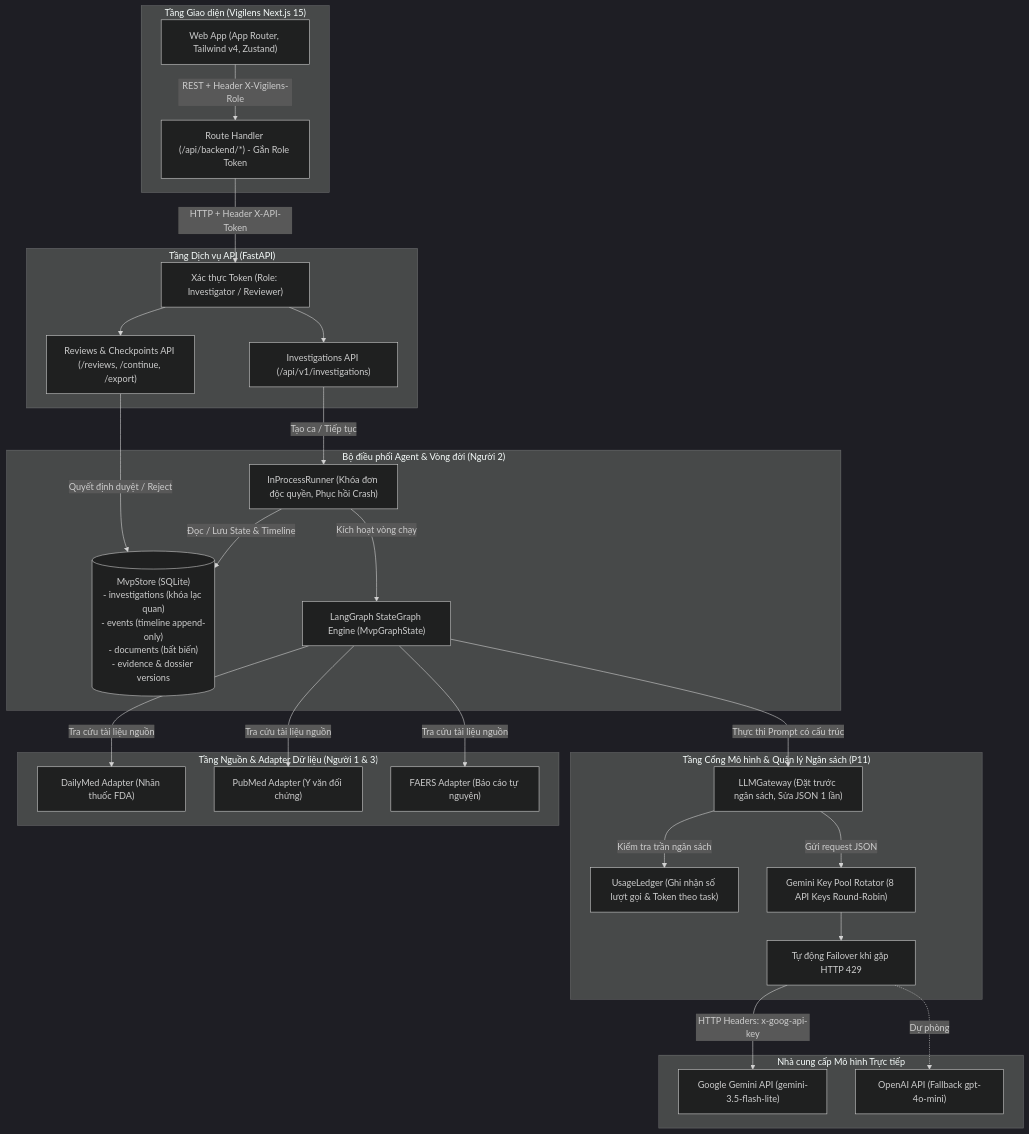
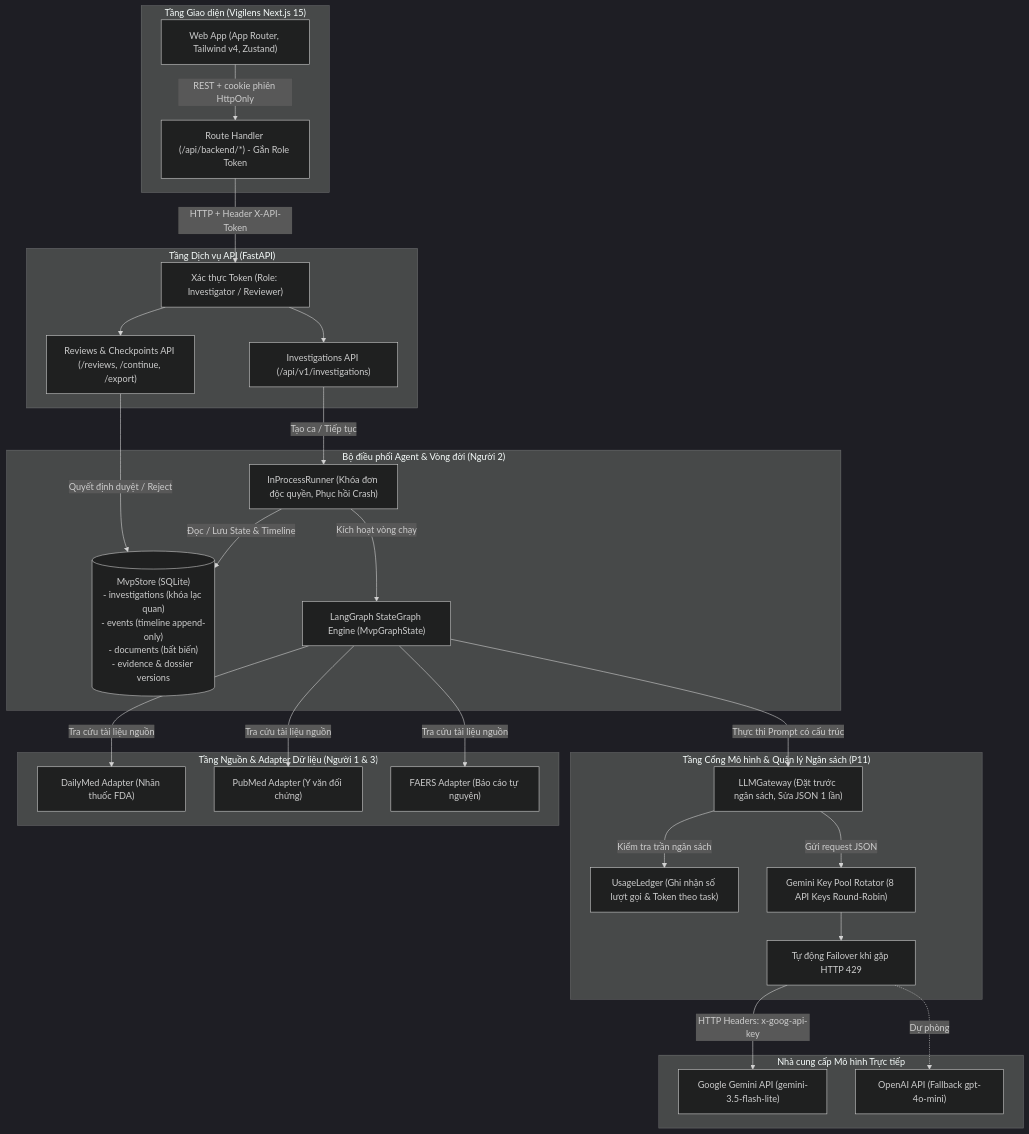
One commit to liglgs/dautrau changed the first of 3 diagrams in docs/architecture_diagram.md. Above: the diagram before and after it, drawn with Mermaid (dark theme). The commit also changed 31 other files, not shown here.

````diff
--- a/docs/architecture_diagram.md
+++ b/docs/architecture_diagram.md
@@ -10,54 +10,54 @@
 ```mermaid
 flowchart TB
     subgraph UI_Layer ["Tầng Giao diện (Vigilens Next.js 15)"]
         UI["Web App (App Router, Tailwind v4, Zustand)"]
         ProxyRoute["Route Handler (/api/backend/*) - Gắn Role Token"]
     end
 
     subgraph API_Layer ["Tầng Dịch vụ API (FastAPI)"]
         AuthMid["Xác thực Token (Role: Investigator / Reviewer)"]
         InvRoutes["Investigations API (/api/v1/investigations)"]
         RevRoutes["Reviews & Checkpoints API (/reviews, /continue, /export)"]
     end
 
     subgraph Core_Engine ["Bộ điều phối Agent & Vòng đời (Người 2)"]
         Runner["InProcessRunner (Khóa đơn độc quyền, Phục hồi Crash)"]
         Store[("MvpStore (SQLite)\n- investigations (khóa lạc quan)\n- events (timeline append-only)\n- documents (bất biến)\n- evidence & dossier versions")]
         Graph["LangGraph StateGraph Engine (MvpGraphState)"]
     end
 
     subgraph LLM_Gateway_Layer ["Tầng Cổng Mô hình & Quản lý Ngân sách (P11)"]
         Gateway["LLMGateway (Đặt trước ngân sách, Sửa JSON 1 lần)"]
         Ledger["UsageLedger (Ghi nhận số lượt gọi & Token theo task)"]
         Rotator["Gemini Key Pool Rotator (8 API Keys Round-Robin)"]
         Failover["Tự động Failover khi gặp HTTP 429"]
     end
 
     subgraph External_Models ["Nhà cung cấp Mô hình Trực tiếp"]
         GeminiFlash["Google Gemini API (gemini-3.5-flash-lite)"]
         OpenAIAPI["OpenAI API (Fallback gpt-4o-mini)"]
     end
 
     subgraph Data_Adapters ["Tầng Nguồn & Adapter Dữ liệu (Người 1 & 3)"]
         DailyMed["DailyMed Adapter (Nhãn thuốc FDA)"]
         PubMed["PubMed Adapter (Y văn đối chứng)"]
         FAERS["FAERS Adapter (Báo cáo tự nguyện)"]
     end
 
     %% Luồng kết nối
-    UI -->|REST + Header X-Vigilens-Role| ProxyRoute
+    UI -->|REST + cookie phiên HttpOnly| ProxyRoute
     ProxyRoute -->|HTTP + Header X-API-Token| AuthMid
     AuthMid --> InvRoutes & RevRoutes
     InvRoutes -->|Tạo ca / Tiếp tục| Runner
     RevRoutes -->|Quyết định duyệt / Reject| Store
     Runner -->|Đọc / Lưu State & Timeline| Store
     Runner -->|Kích hoạt vòng chạy| Graph
 
     Graph -->|Tra cứu tài liệu nguồn| DailyMed & PubMed & FAERS
     Graph -->|Thực thi Prompt có cấu trúc| Gateway
     Gateway -->|Kiểm tra trần ngân sách| Ledger
     Gateway -->|Gửi request JSON| Rotator
     Rotator --> Failover
     Failover -->|HTTP Headers: x-goog-api-key| GeminiFlash
     Failover -.->|Dự phòng| OpenAIAPI
 ```
````
